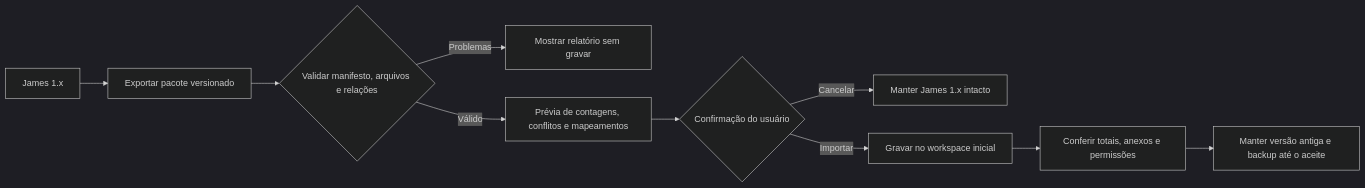
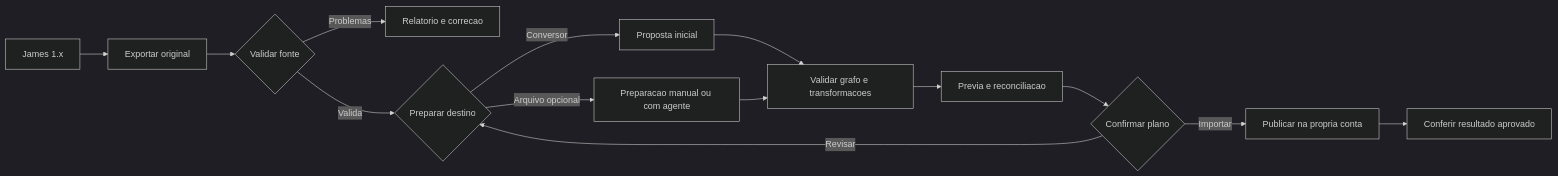
Before and after one commit to james-suite/docs: the diagram in docs/versions/2.0/diagrams/sources/migration-flow.mmd, drawn with Mermaid (dark theme). The commit also changed 24 other files, not shown here.

```diff
--- a/docs/versions/2.0/diagrams/sources/migration-flow.mmd
+++ b/docs/versions/2.0/diagrams/sources/migration-flow.mmd
@@ -1,10 +1,14 @@
 flowchart LR
-    A[James 1.x] --> B[Exportar pacote versionado]
-    B --> C{Validar manifesto, arquivos e relações}
-    C -->|Problemas| D[Mostrar relatório sem gravar]
-    C -->|Válido| E[Prévia de contagens, conflitos e mapeamentos]
-    E --> F{Confirmação do usuário}
-    F -->|Cancelar| G[Manter James 1.x intacto]
-    F -->|Importar| H[Gravar no workspace inicial]
-    H --> I[Conferir totais, anexos e permissões]
-    I --> J[Manter versão antiga e backup até o aceite]
+    A[James 1.x] --> B[Exportar original]
+    B --> C{Validar fonte}
+    C -->|Problemas| D[Relatorio e correcao]
+    C -->|Valida| E{Preparar destino}
+    E -->|Conversor| F[Proposta inicial]
+    E -->|Arquivo opcional| G[Preparacao manual ou com agente]
+    F --> H[Validar grafo e transformacoes]
+    G --> H
+    H --> I[Previa e reconciliacao]
+    I --> J{Confirmar plano}
+    J -->|Revisar| E
+    J -->|Importar| K[Publicar na propria conta]
+    K --> L[Conferir resultado aprovado]
```
